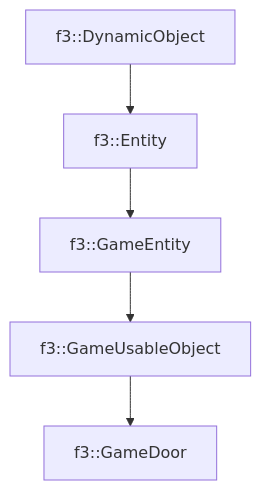
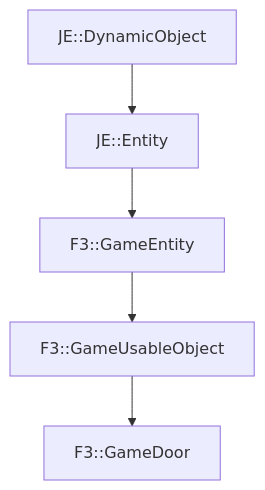
The diagram in docs/f3/GameDoor.md (OpenJE/openvb), drawn with Mermaid before and after one commit. The commit also changed other lines of this file and 1399 other files, not shown here.

````diff
--- a/docs/f3/GameDoor.md
+++ b/docs/f3/GameDoor.md
@@ -19,7 +19,7 @@
 ```mermaid
 graph TD;
-    f3::DynamicObject --> f3::Entity
-    f3::Entity --> f3::GameEntity
-    f3::GameEntity --> f3::GameUsableObject
-    f3::GameUsableObject --> f3::GameDoor
+    JE::DynamicObject --> JE::Entity
+    JE::Entity --> F3::GameEntity
+    F3::GameEntity --> F3::GameUsableObject
+    F3::GameUsableObject --> F3::GameDoor
 ```
````
